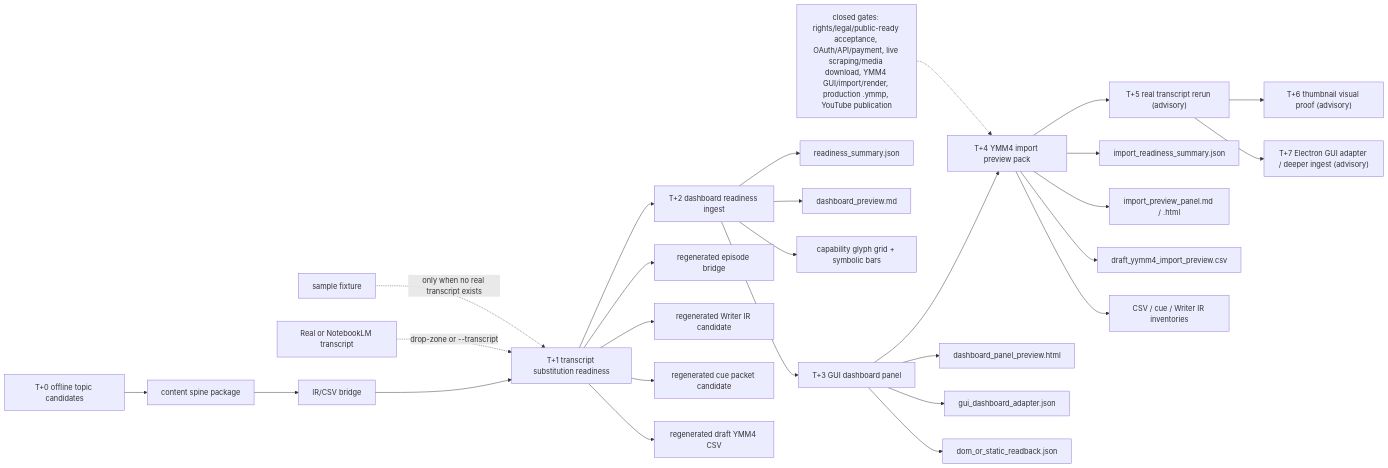
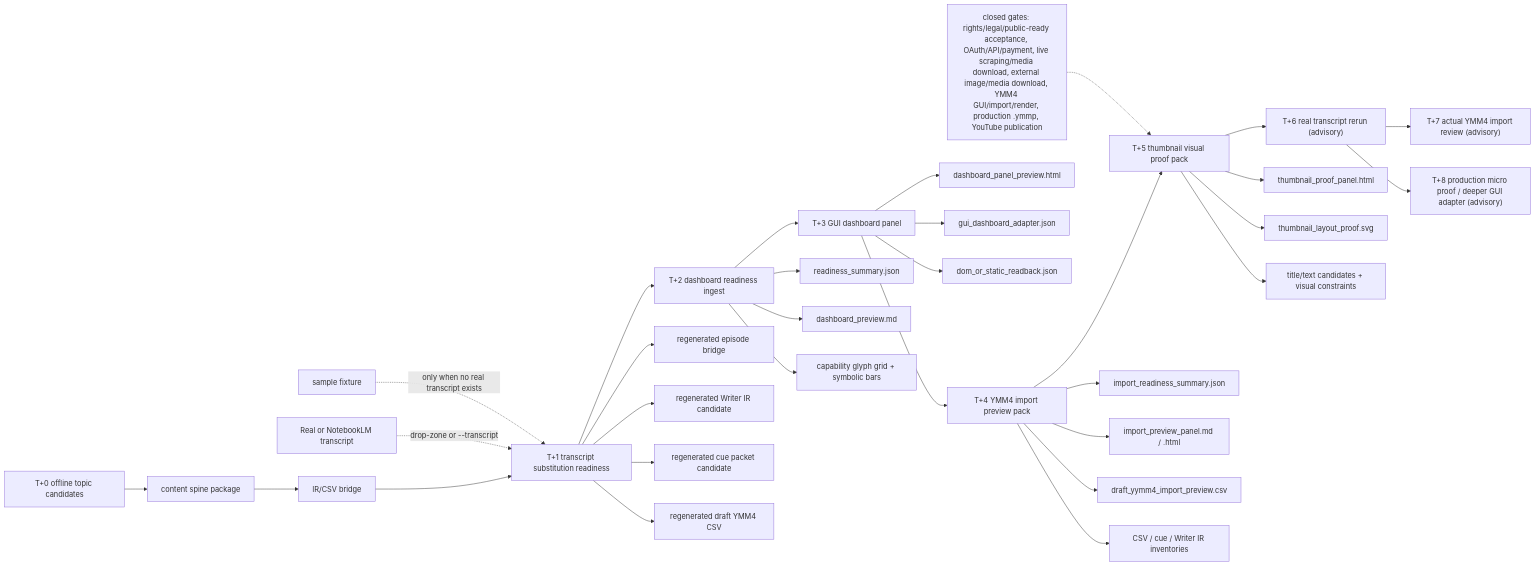
Before and after one commit to YuShimoji/NLMYTGen: the diagram in docs/PROJECT_PIPELINE.mmd, drawn with Mermaid. The commit also changed 19 other files, not shown here.

Commit message:
feat: add thumbnail visual proof pack

```diff
--- a/docs/PROJECT_PIPELINE.mmd
+++ b/docs/PROJECT_PIPELINE.mmd
@@ -1,30 +1,34 @@
 flowchart LR
     A["T+0 offline topic candidates"] --> B["content spine package"]
     B --> C["IR/CSV bridge"]
     C --> D["T+1 transcript substitution readiness"]
     D --> E["T+2 dashboard readiness ingest"]
     E --> S["T+3 GUI dashboard panel"]
     S --> N["T+4 YMM4 import preview pack"]
-    N --> F["T+5 real transcript rerun (advisory)"]
-    F --> O["T+6 thumbnail visual proof (advisory)"]
-    F --> X["T+7 Electron GUI adapter / deeper ingest (advisory)"]
+    N --> O["T+5 thumbnail visual proof pack"]
+    O --> F["T+6 real transcript rerun (advisory)"]
+    F --> X["T+7 actual YMM4 import review (advisory)"]
+    F --> AB["T+8 production micro proof / deeper GUI adapter (advisory)"]
 
     G["Real or NotebookLM transcript"] -. "drop-zone or --transcript" .-> D
     H["sample fixture"] -. "only when no real transcript exists" .-> D
 
     D --> I["regenerated episode bridge"]
     D --> J["regenerated Writer IR candidate"]
     D --> K["regenerated cue packet candidate"]
     D --> L["regenerated draft YMM4 CSV"]
     E --> P["readiness_summary.json"]
     E --> Q["dashboard_preview.md"]
     E --> R["capability glyph grid + symbolic bars"]
     S --> T["dashboard_panel_preview.html"]
     S --> U["gui_dashboard_adapter.json"]
     S --> V["dom_or_static_readback.json"]
     N --> W["import_readiness_summary.json"]
     N --> Y["import_preview_panel.md / .html"]
     N --> Z["draft_yymm4_import_preview.csv"]
     N --> AA["CSV / cue / Writer IR inventories"]
+    O --> AC["thumbnail_proof_panel.html"]
+    O --> AD["thumbnail_layout_proof.svg"]
+    O --> AE["title/text candidates + visual constraints"]
 
-    M["closed gates: rights/legal/public-ready acceptance, OAuth/API/payment, live scraping/media download, YMM4 GUI/import/render, production .ymmp, YouTube publication"] -.-> N
+    M["closed gates: rights/legal/public-ready acceptance, OAuth/API/payment, live scraping/media download, external image/media download, YMM4 GUI/import/render, production .ymmp, YouTube publication"] -.-> O
```
